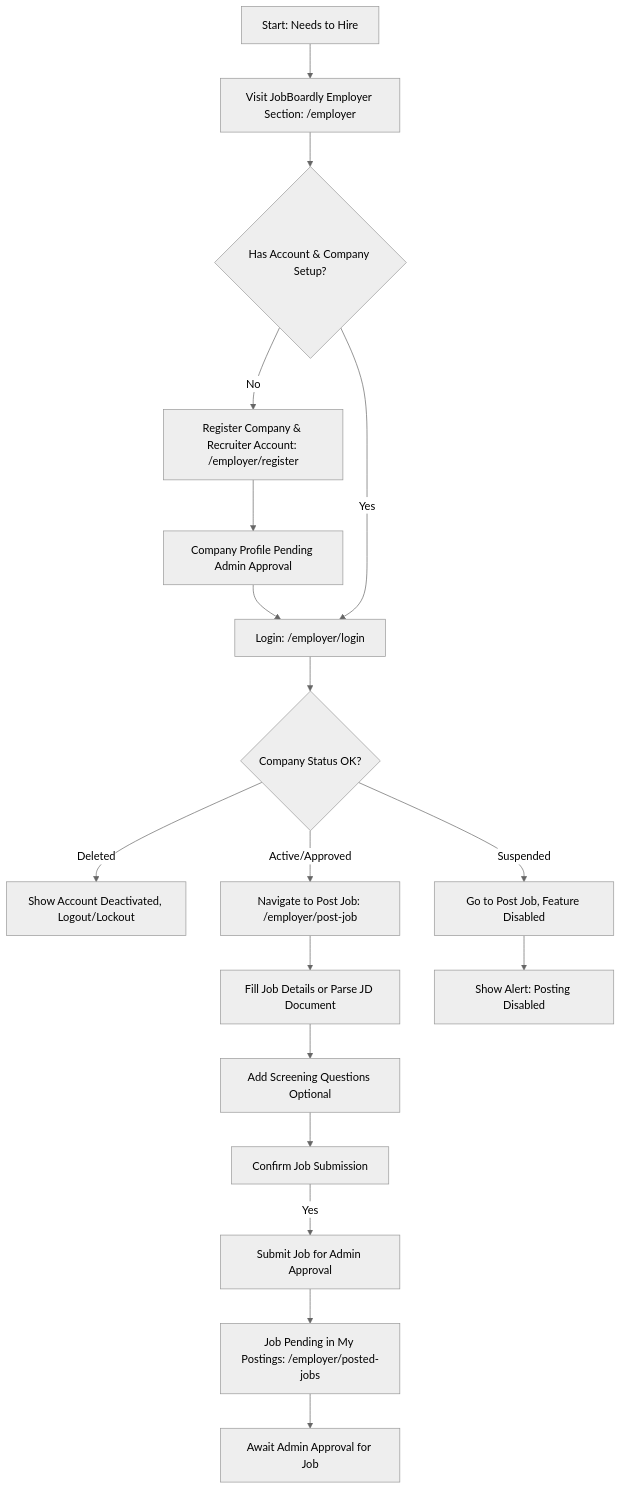
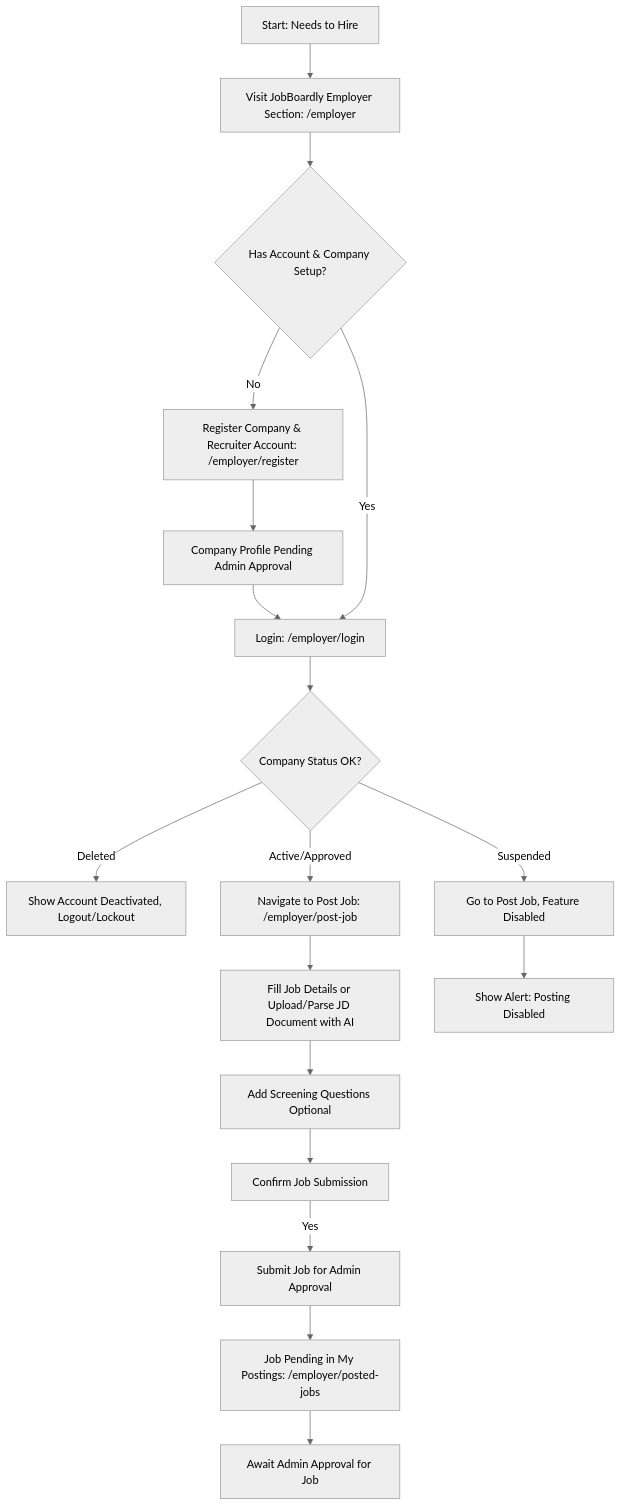
The first of 4 diagrams in docs/employer-features.md (KishoreKammela/JobBoardly), drawn with Mermaid (neutral theme) before and after one commit. The commit also changed other lines of this file and 1 other file, not shown here.

````diff
--- a/docs/employer-features.md
+++ b/docs/employer-features.md
@@ -107,21 +107,21 @@
 ```mermaid
 graph TD
     A[Start: Needs to Hire] --> B[Visit JobBoardly Employer Section: /employer]
     B --> C{Has Account & Company Setup?}
     C -- No --> D[Register Company & Recruiter Account: /employer/register]
     D --> E[Company Profile Pending Admin Approval]
     E --> F[Login: /employer/login]
     F --> F_check_status{Company Status OK?}
     F_check_status -- Deleted --> F_deleted[Show Account Deactivated, Logout/Lockout]
     F_check_status -- Suspended --> G_suspended[Go to Post Job, Feature Disabled]
     C -- Yes --> F
     F_check_status -- Active/Approved --> G[Navigate to Post Job: /employer/post-job]
-    G --> H[Fill Job Details or Parse JD Document]
+    G --> H[Fill Job Details or Upload/Parse JD Document with AI]
     H --> I[Add Screening Questions Optional]
     I --> J_confirm[Confirm Job Submission]
     J_confirm -- Yes --> J[Submit Job for Admin Approval]
     J --> K[Job Pending in My Postings: /employer/posted-jobs]
     K --> L[Await Admin Approval for Job]
 
     G_suspended --> M[Show Alert: Posting Disabled]
 ```
````
